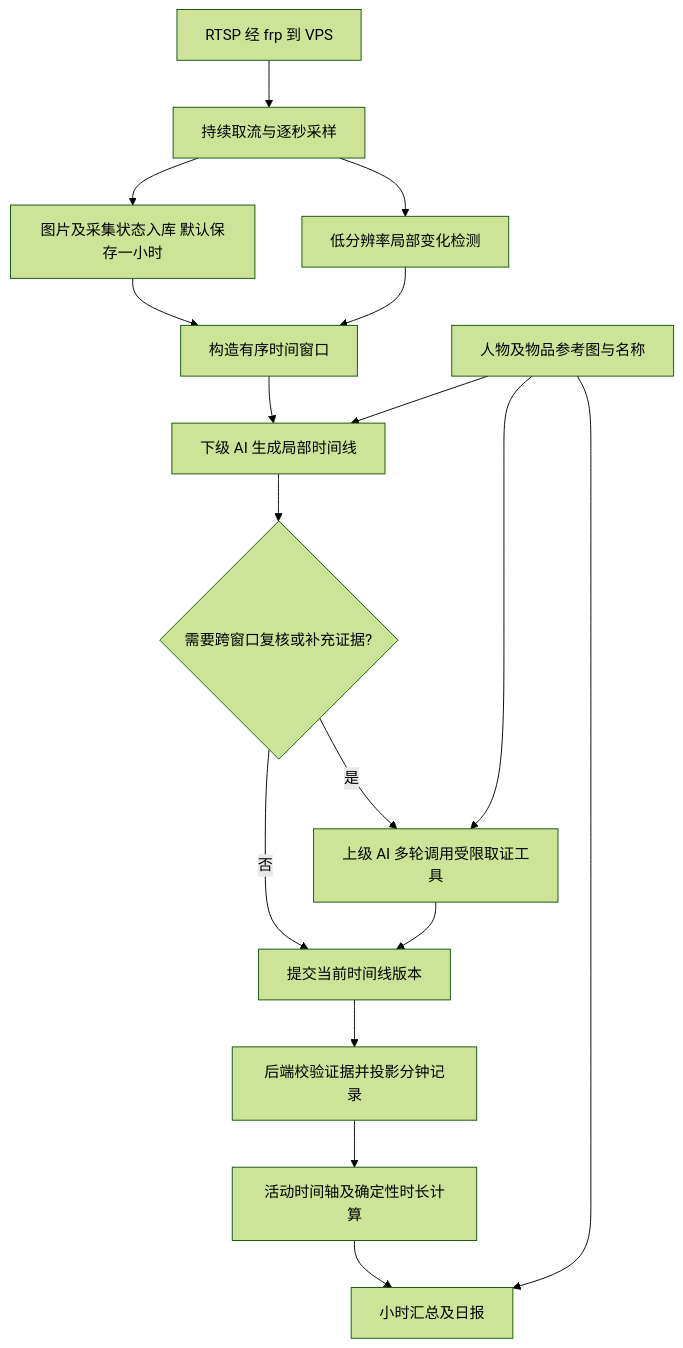
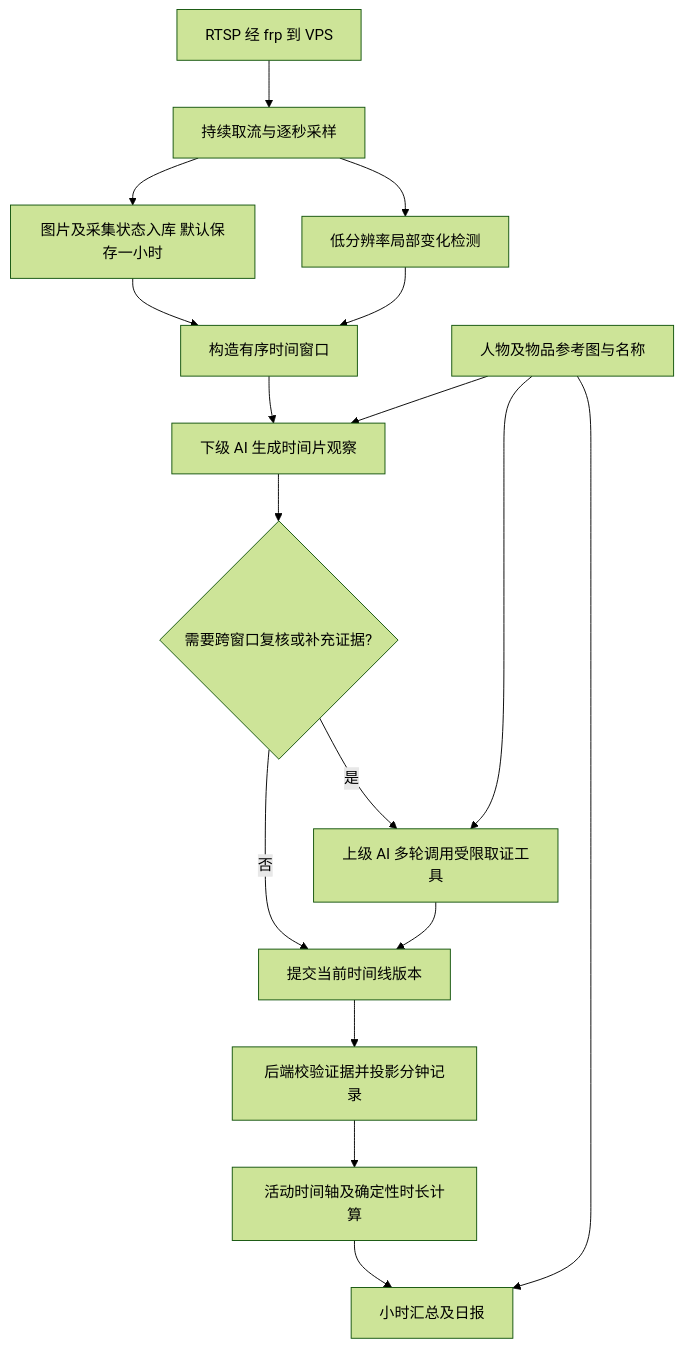
The diagram in docs/01-摄像头AI工作台-PRD.md (zhuchenyu2008/Camera-AI-Workbench), drawn with Mermaid (forest theme) before and after one commit. The commit also changed other lines of this file and 8 other files, not shown here.

Commit message:
docs: define hierarchical temporal vision review architecture

````diff
--- a/docs/01-摄像头AI工作台-PRD.md
+++ b/docs/01-摄像头AI工作台-PRD.md
@@ -107,19 +107,19 @@
 ```mermaid
 flowchart TD
     A[RTSP 经 frp 到 VPS] --> B[持续取流与逐秒采样]
     B --> C[图片及采集状态入库 默认保存一小时]
     B --> D[低分辨率局部变化检测]
     C --> E[构造有序时间窗口]
     D --> E
-    E --> F[下级 AI 生成局部时间线]
+    E --> F[下级 AI 生成时间片观察]
     F --> G{需要跨窗口复核或补充证据?}
     G -->|是| H[上级 AI 多轮调用受限取证工具]
     G -->|否| I[提交当前时间线版本]
     H --> I
     R[人物及物品参考图与名称] --> F
     R --> H
     I --> J[后端校验证据并投影分钟记录]
     J --> K[活动时间轴及确定性时长计算]
     K --> L[小时汇总及日报]
     R --> L
 ```
````
